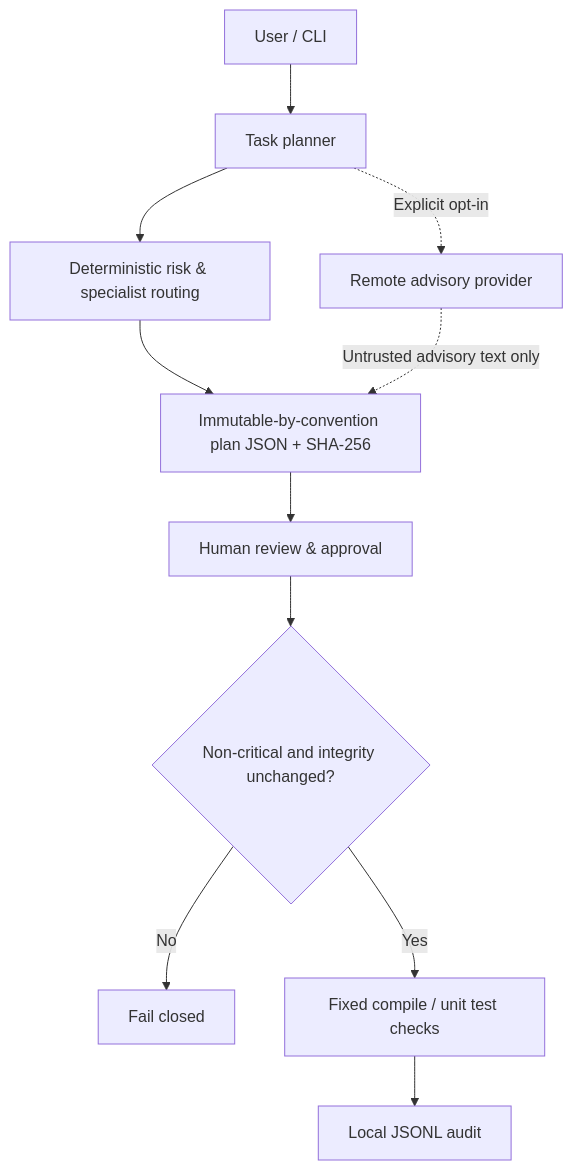
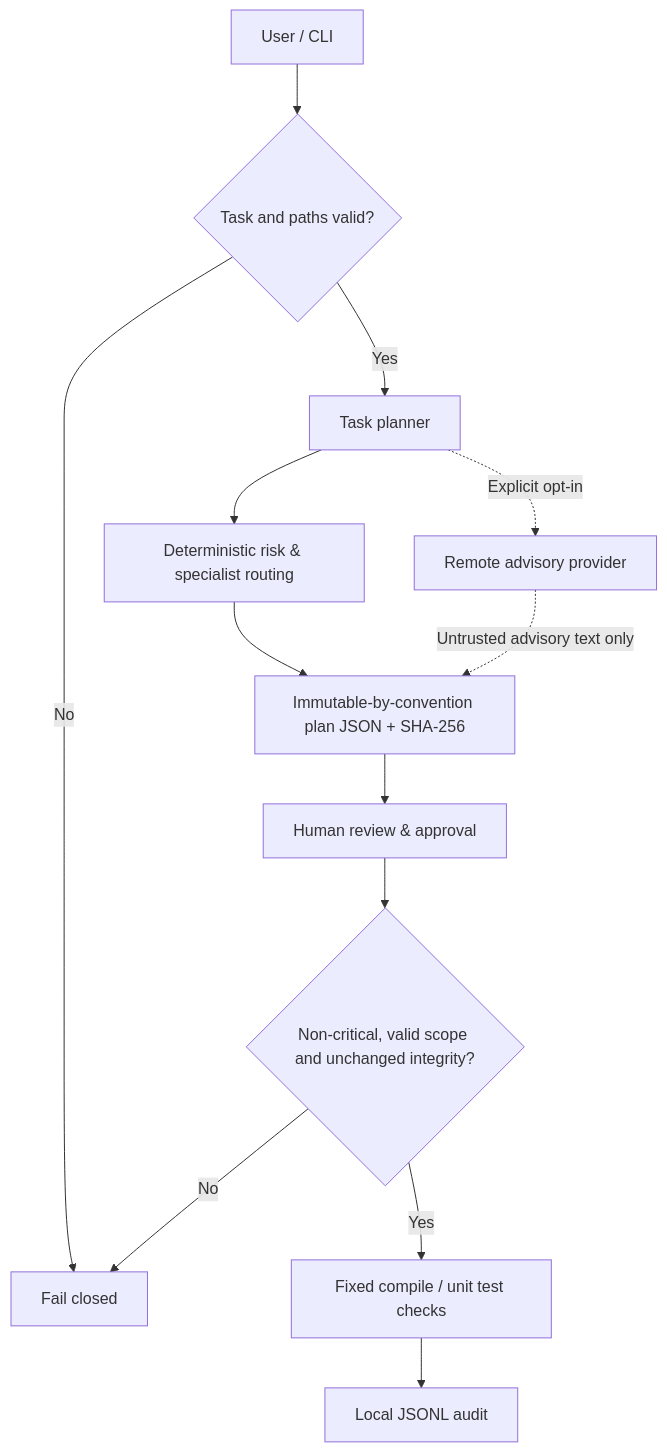
Before and after one commit to herculespt/euromind-safeops: the diagram in docs/ARCHITECTURE.md, drawn with Mermaid. The commit also changed other lines of this file and 32 other files, not shown here.

````diff
--- a/docs/ARCHITECTURE.md
+++ b/docs/ARCHITECTURE.md
@@ -7,13 +7,15 @@
 ```mermaid
 flowchart TD
-  U[User / CLI] --> P[Task planner]
+  U[User / CLI] --> V{Task and paths valid?}
+  V -->|No| X[Fail closed]
+  V -->|Yes| P[Task planner]
   P --> R[Deterministic risk & specialist routing]
   P -. Explicit opt-in .-> A[Remote advisory provider]
   R --> D[Immutable-by-convention plan JSON + SHA-256]
   A -. Untrusted advisory text only .-> D
   D --> H[Human review & approval]
-  H --> G{Non-critical and integrity unchanged?}
+  H --> G{Non-critical, valid scope and unchanged integrity?}
   G -->|No| X[Fail closed]
   G -->|Yes| E[Fixed compile / unit test checks]
   E --> L[Local JSONL audit]
 ```
````
